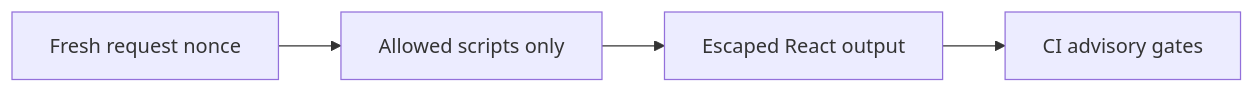
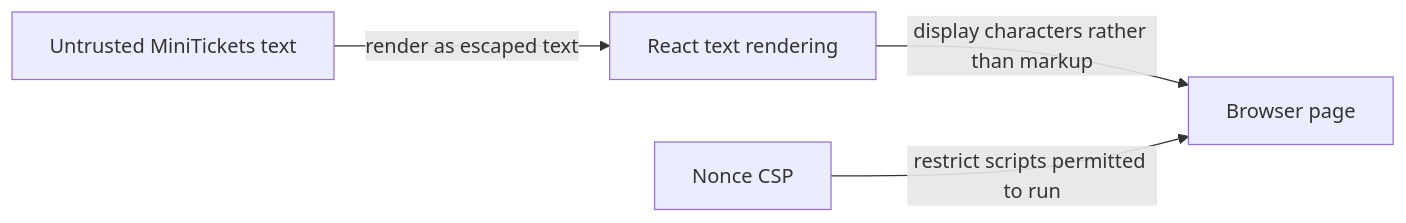
The diagram in docs/handbook/concepts/xss.md (maheshnd/minitickets), drawn with Mermaid before and after one commit. The commit also changed other lines of this file and 119 other files, not shown here.

````diff
--- a/docs/handbook/concepts/xss.md
+++ b/docs/handbook/concepts/xss.md
@@ -17,7 +18,6 @@
 ```mermaid
 flowchart LR
-    n0["Fresh request nonce"] --> n1
-    n1["Allowed scripts only"] --> n2
-    n2["Escaped React output"] --> n3
-    n3["CI advisory gates"]
+    input["Untrusted MiniTickets text"] -->|"render as escaped text"| react["React text rendering"]
+    react -->|"display characters rather than markup"| page["Browser page"]
+    policy["Nonce CSP"] -->|"restrict scripts permitted to run"| page
 ```
````
